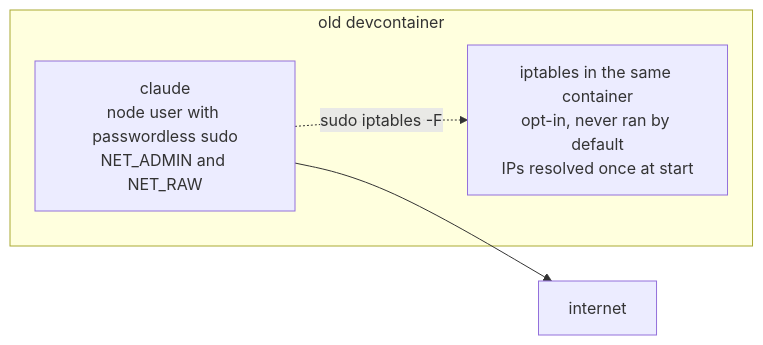
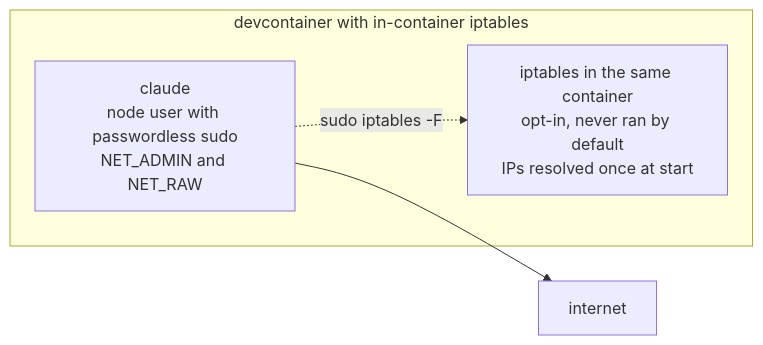
One commit to marhaasa/eredo changed the seventh of 7 diagrams in ARCHITECTURE.md. Above: the diagram before and after it, drawn with Mermaid. The commit also changed other lines of this file and 1 other file, not shown here.

````diff
--- a/ARCHITECTURE.md
+++ b/ARCHITECTURE.md
@@ -177,9 +179,9 @@
 ```mermaid
 flowchart LR
-  subgraph dc["old devcontainer"]
+  subgraph dc["devcontainer with in-container iptables"]
     c["claude<br/>node user with passwordless sudo<br/>NET_ADMIN and NET_RAW"]
     fw["iptables in the same container<br/>opt-in, never ran by default<br/>IPs resolved once at start"]
   end
   c -. "sudo iptables -F" .-> fw
   c --> net["internet"]
 ```
````
